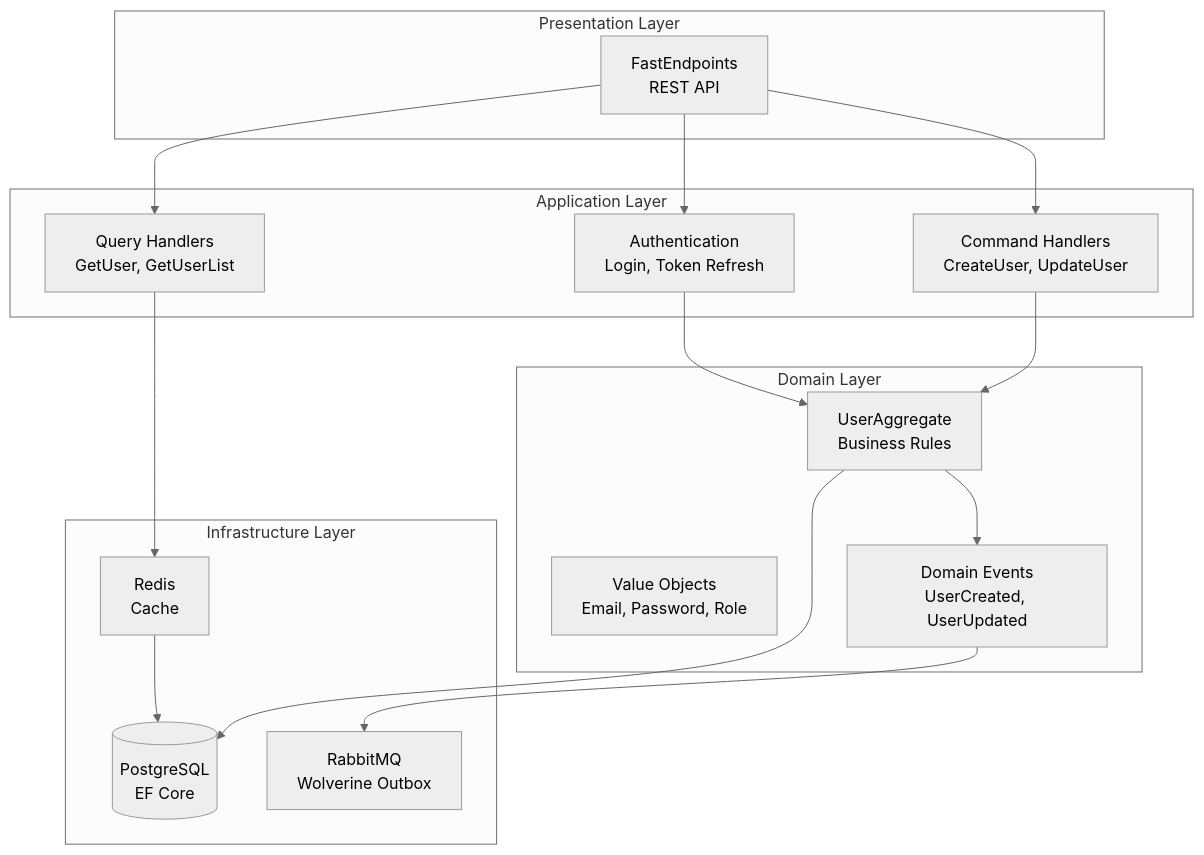
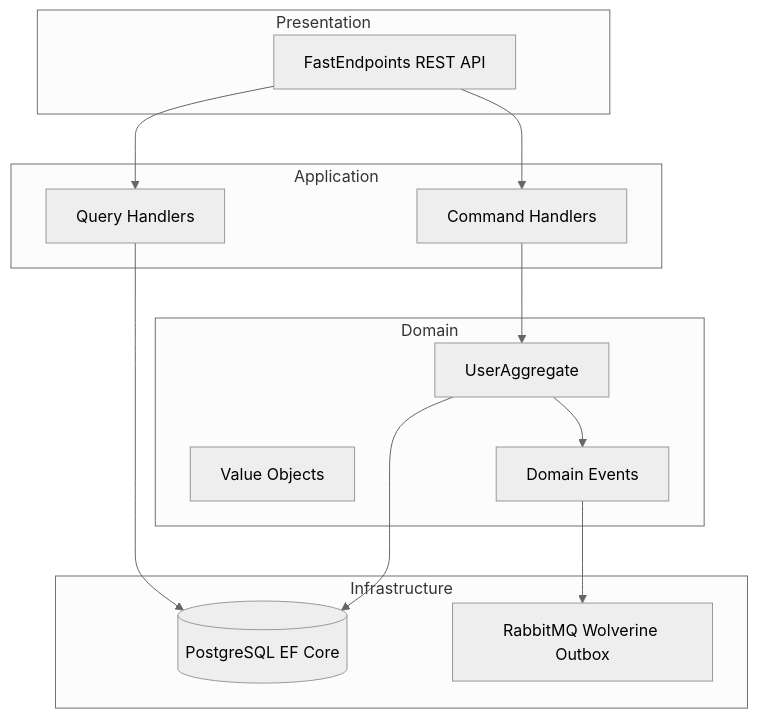
The second of 3 diagrams in README.md (rdpresser/tc-agro-identity-service), drawn with Mermaid (neutral theme) before and after one commit. The commit also changed other lines of this file, not shown here.

````diff
--- a/README.md
+++ b/README.md
@@ -66,35 +61,27 @@
 ```mermaid
 graph TB
-    subgraph "Presentation Layer"
-        A[FastEndpoints<br/>REST API]
+    subgraph Presentation
+        A[FastEndpoints REST API]
     end
-    
-    subgraph "Application Layer"
-        B[Command Handlers<br/>CreateUser, UpdateUser]
-        C[Query Handlers<br/>GetUser, GetUserList]
-        D[Authentication<br/>Login, Token Refresh]
+    subgraph Application
+        B[Command Handlers]
+        C[Query Handlers]
     end
-    
-    subgraph "Domain Layer"
-        E[UserAggregate<br/>Business Rules]
-        F[Value Objects<br/>Email, Password, Role]
-        G[Domain Events<br/>UserCreated, UserUpdated]
+    subgraph Domain
+        E[UserAggregate]
+        F[Value Objects]
+        G[Domain Events]
     end
-    
-    subgraph "Infrastructure Layer"
-        H[(PostgreSQL<br/>EF Core)]
-        I[RabbitMQ<br/>Wolverine Outbox]
-        J[Redis<br/>Cache]
+    subgraph Infrastructure
+        H[(PostgreSQL EF Core)]
+        I[RabbitMQ Wolverine Outbox]
     end
-    
+
     A --> B
     A --> C
-    A --> D
     B --> E
-    C --> J
-    D --> E
+    C --> H
     E --> G
     G --> I
     E --> H
-    J --> H
 ```
````
